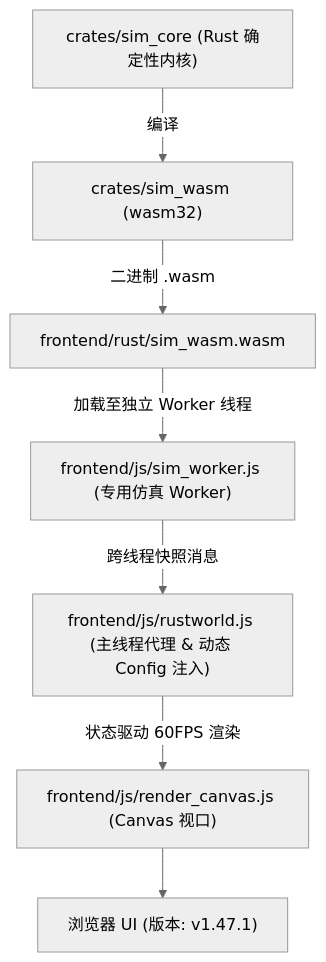
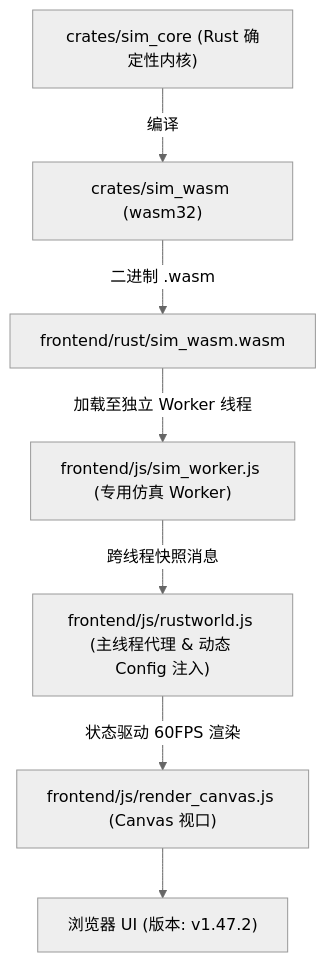
Before and after one commit to g39088902/FlowAndAccord: the diagram in AGENTS.md, drawn with Mermaid (neutral theme). The commit also changed other lines of this file and 15 other files, not shown here.

````diff
--- a/AGENTS.md
+++ b/AGENTS.md
@@ -61,9 +61,9 @@
 ```mermaid
 graph TD
     A["crates/sim_core (Rust 确定性内核)"] -->|编译| B["crates/sim_wasm (wasm32)"]
     B -->|二进制 .wasm| C["frontend/rust/sim_wasm.wasm"]
     C -->|加载至独立 Worker 线程| D["frontend/js/sim_worker.js (专用仿真 Worker)"]
     D -->|跨线程快照消息| E["frontend/js/rustworld.js (主线程代理 & 动态 Config 注入)"]
     E -->|状态驱动 60FPS 渲染| F["frontend/js/render_canvas.js (Canvas 视口)"]
-    F --> G["浏览器 UI (版本: v1.47.1)"]
+    F --> G["浏览器 UI (版本: v1.47.2)"]
 ```
````
